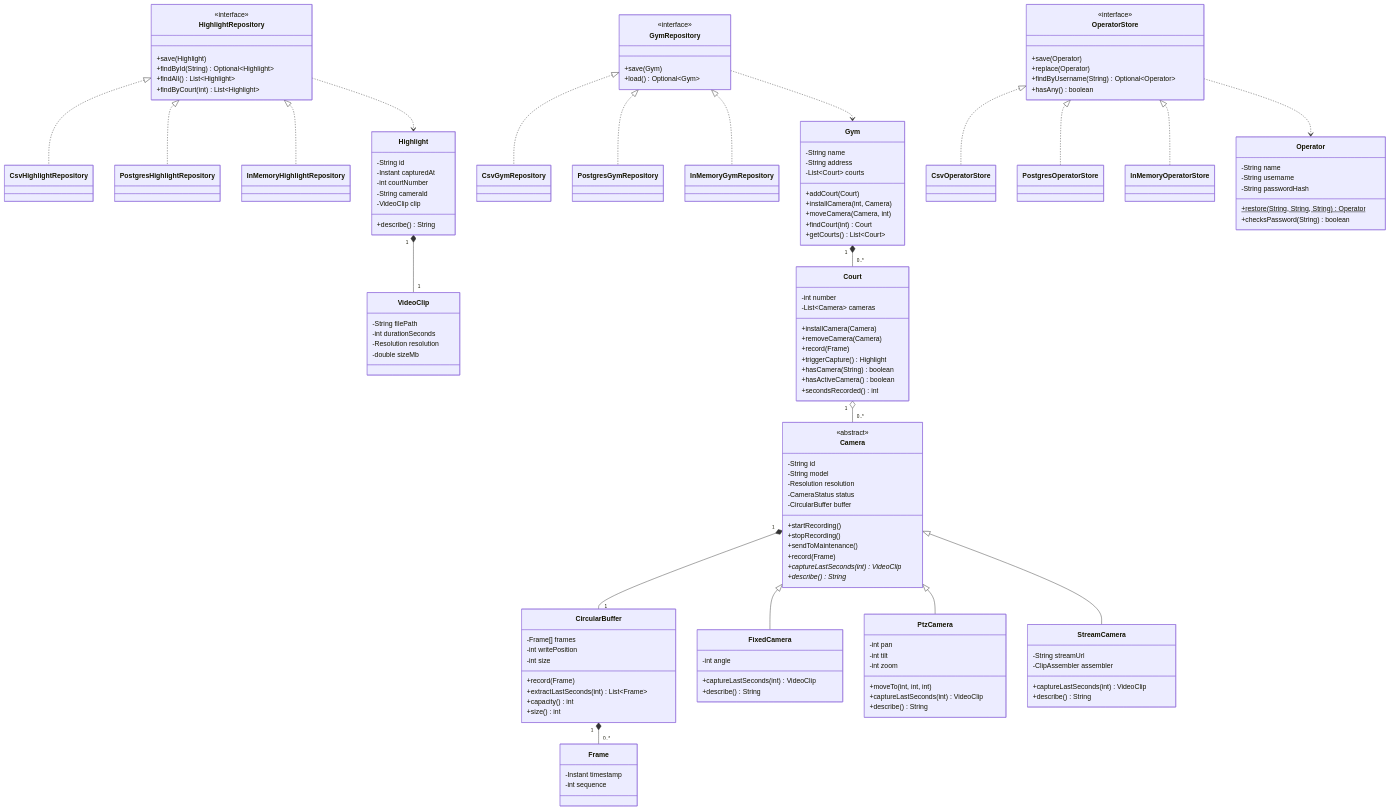
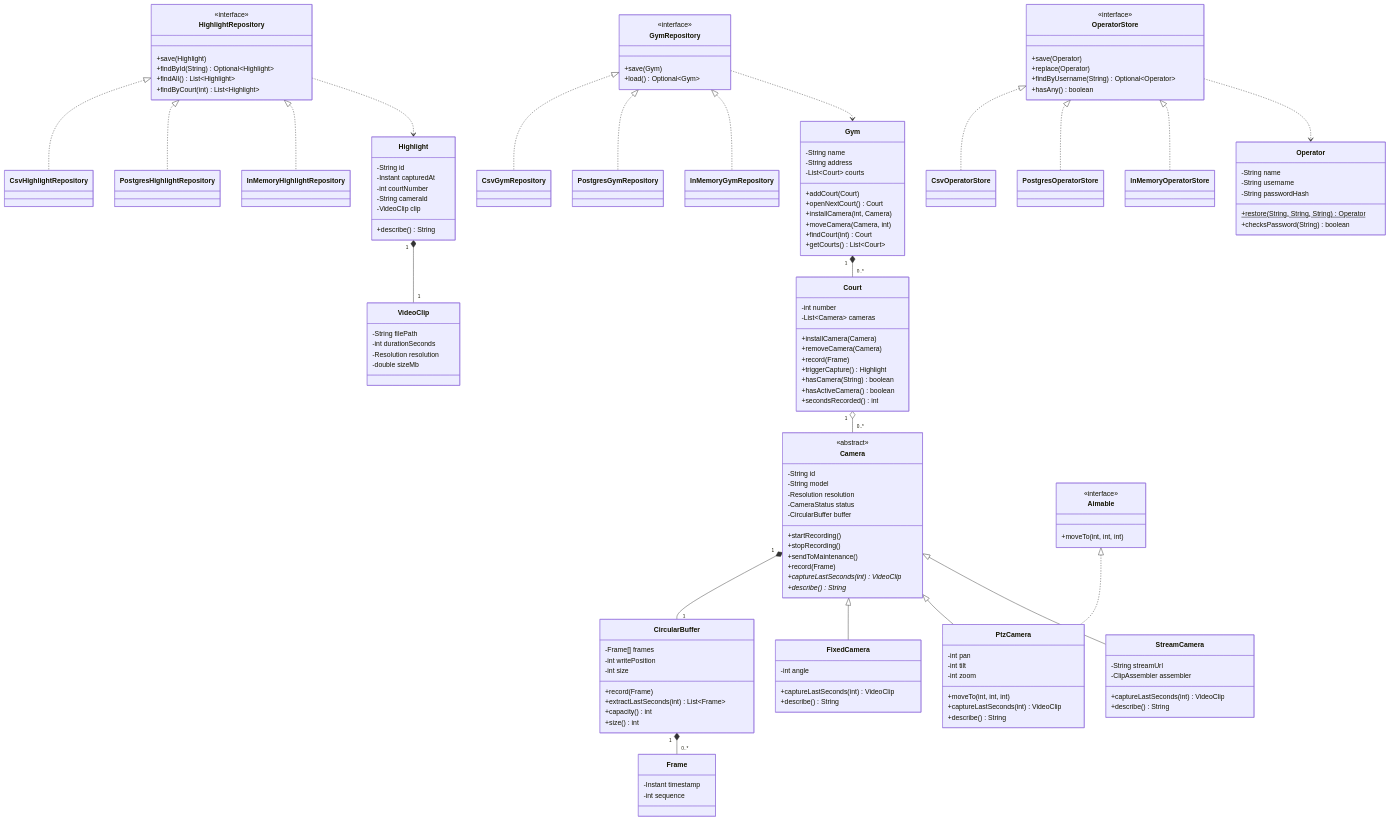
One commit to lorenzoficher/VarZinho changed the diagram in docs/DOMAIN-MODEL.md. Above: the diagram before and after it, drawn with Mermaid. The commit also changed other lines of this file, not shown here.

Commit message:
add aimable and gym.opennextcourt to the domain model

```diff
--- a/docs/DOMAIN-MODEL.md
+++ b/docs/DOMAIN-MODEL.md
@@ -12,6 +12,7 @@
         -String address
         -List~Court~ courts
         +addCourt(Court)
+        +openNextCourt() Court
         +installCamera(int, Camera)
         +moveCamera(Camera, int)
         +findCourt(int) Court
@@ -58,6 +59,11 @@
         +moveTo(int, int, int)
         +captureLastSeconds(int) VideoClip
         +describe() String
+    }
+
+    class Aimable {
+        <<interface>>
+        +moveTo(int, int, int)
     }
 
     class StreamCamera {
@@ -145,6 +151,7 @@
     Camera <|-- FixedCamera
     Camera <|-- PtzCamera
     Camera <|-- StreamCamera
+    Aimable <|.. PtzCamera
     Highlight "1" *-- "1" VideoClip
     HighlightRepository <|.. CsvHighlightRepository
     HighlightRepository <|.. PostgresHighlightRepository
```
